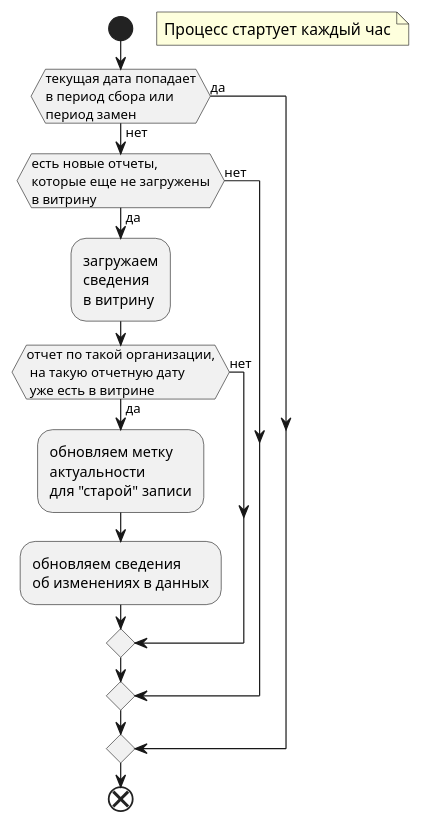
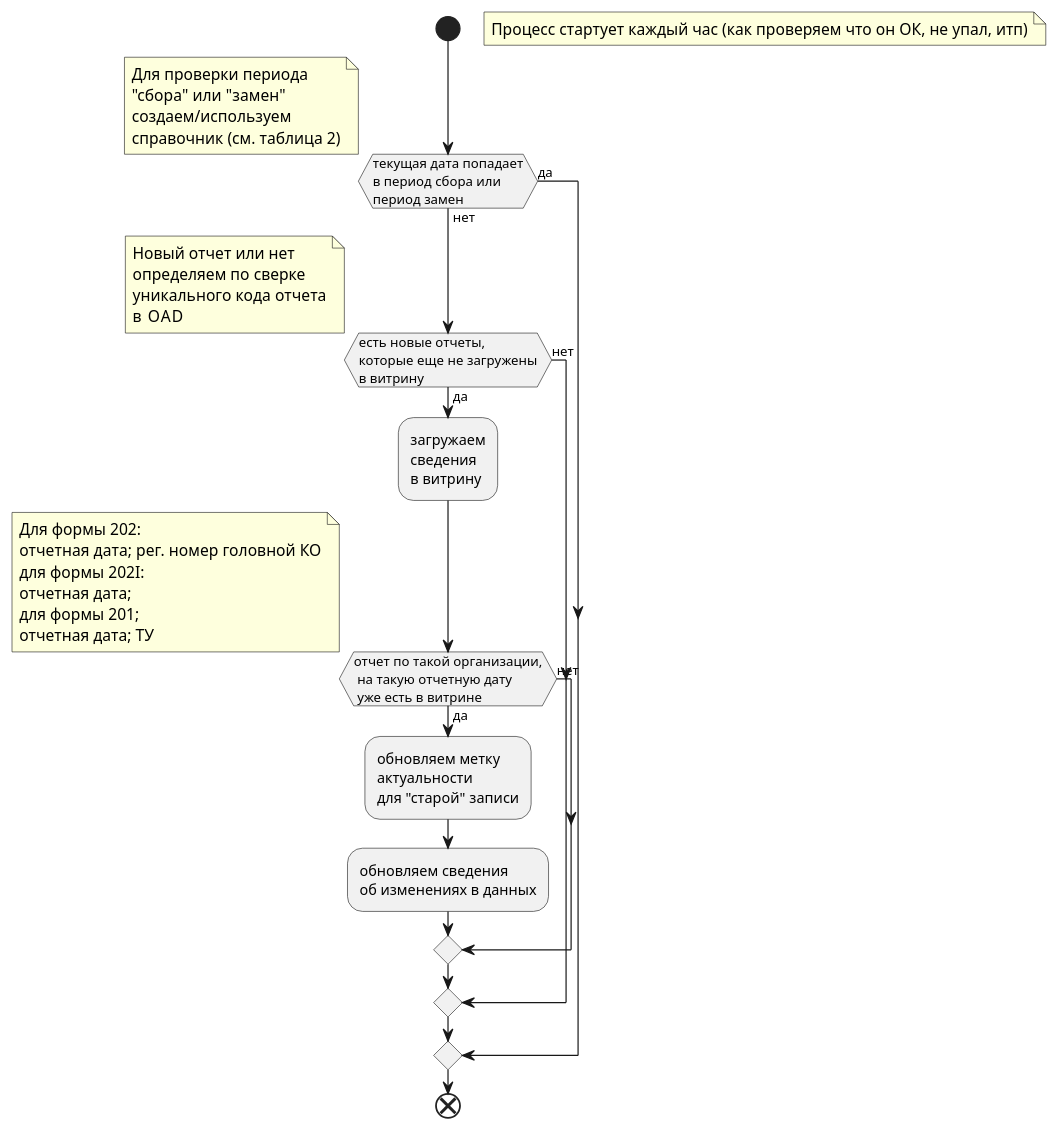
Before and after one commit to hheli/hheliDiagrams: the diagram in src/0409201_0409202/0409202_0409202_VERSIONED.plantuml, drawn with PlantUML. The commit also changed 8 other files, not shown here.

Commit message:
добавлена диаграмма Схема работы сервиса визуализ графов 0409053

```diff
--- a/src/0409201_0409202/0409202_0409202_VERSIONED.plantuml
+++ b/src/0409201_0409202/0409202_0409202_VERSIONED.plantuml
@@ -1,32 +1,49 @@
 @startuml
 start 
-floating note right: Процесс стартует каждый час
+floating note right: Процесс стартует каждый час (как проверяем что он ОК, не упал, итп)
  if (текущая дата попадает
 в период сбора или 
 период замен) then (да)
+note right
+Для проверки периода
+"сбора" или "замен"
+создаем/используем
+справочник (см. таблица 2)
+end note
  else (нет)
   if (есть новые отчеты,
 которые еще не загружены
 в витрину) then (да)
+note right
+Новый отчет или нет
+определяем по сверке
+уникального кода отчета
+в  OAD
+end note
  :загружаем 
  сведения 
  в витрину;
  if (отчет по такой организации,
  на такую отчетную дату
  уже есть в витрине) then (нет)
-    
+ note right
+Для формы 202:
+отчетная дата; рег. номер головной КО
+для формы 202I:
+отчетная дата;
+для формы 201;
+отчетная дата; ТУ
+end note
  else (да)
  :обновляем метку
  актуальности 
  для "старой" записи;
  :обновляем сведения 
  об изменениях в данных;
  endif
-
-
 else (нет)
 endif
 
  endif
 end
 @enduml
```
